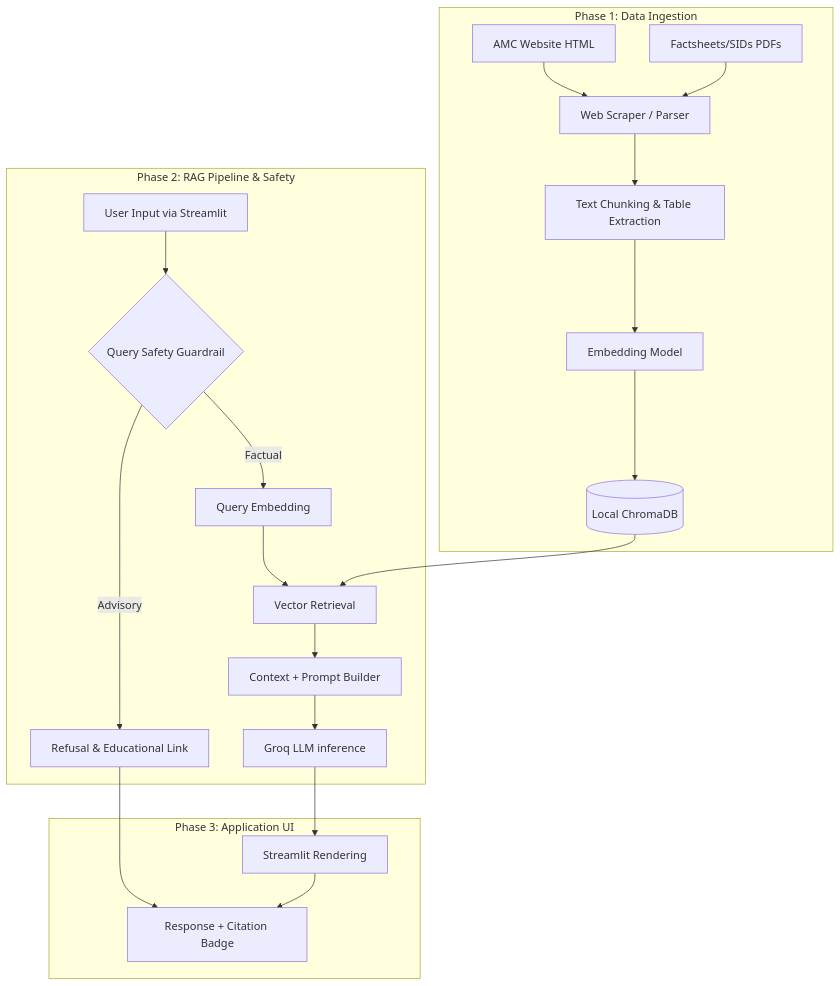
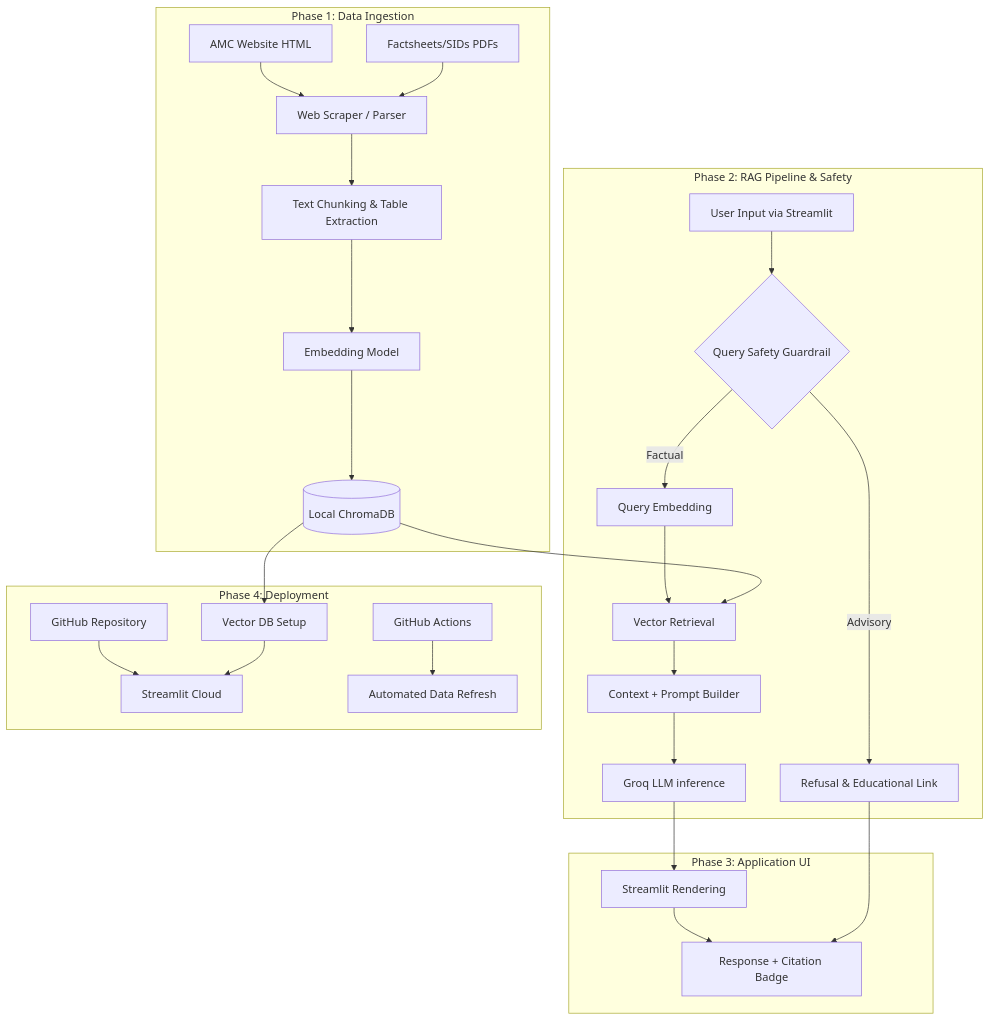
Before and after one commit to indubhaskar25/RAG-Based-Mutual-Fund-FAQ-Chatbot: the diagram in Docs/Implementation_Plan/Architecture.md, drawn with Mermaid. The commit also changed other lines of this file and 27 other files, not shown here.

Commit message:
Deployment setup and Streamlit cloud preparation

````diff
--- a/Docs/Implementation_Plan/Architecture.md
+++ b/Docs/Implementation_Plan/Architecture.md
@@ -7,26 +7,33 @@
 ```mermaid
 graph TD
     subgraph Phase 1: Data Ingestion
         A1[AMC Website HTML] --> B[Web Scraper / Parser]
         A2[Factsheets/SIDs PDFs] --> B
         B --> C[Text Chunking & Table Extraction]
         C --> D[Embedding Model]
         D --> E[(Local ChromaDB)]
     end
 
     subgraph Phase 2: RAG Pipeline & Safety
         F[User Input via Streamlit] --> G{Query Safety Guardrail}
         G -- Advisory --> G1[Refusal & Educational Link]
         G -- Factual --> H[Query Embedding]
         H --> I[Vector Retrieval]
         E --> I
         I --> J[Context + Prompt Builder]
         J --> K[Groq LLM inference]
     end
 
     subgraph Phase 3: Application UI
         K --> L[Streamlit Rendering]
         L --> M[Response + Citation Badge]
         G1 --> M
     end
+
+    subgraph Phase 4: Deployment
+        N[GitHub Repository] --> O[Streamlit Cloud]
+        P[GitHub Actions] --> Q[Automated Data Refresh]
+        E --> R[Vector DB Setup]
+        R --> O
+    end
 ```
````
